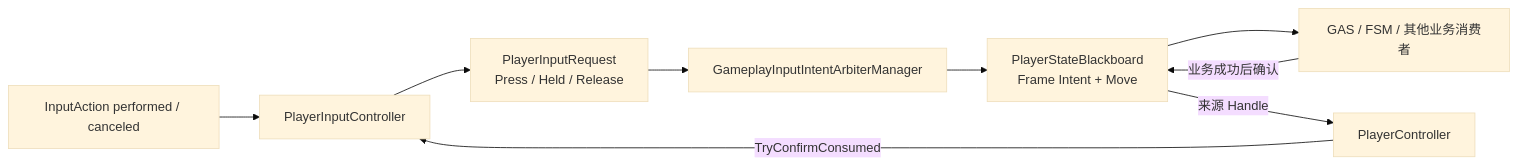
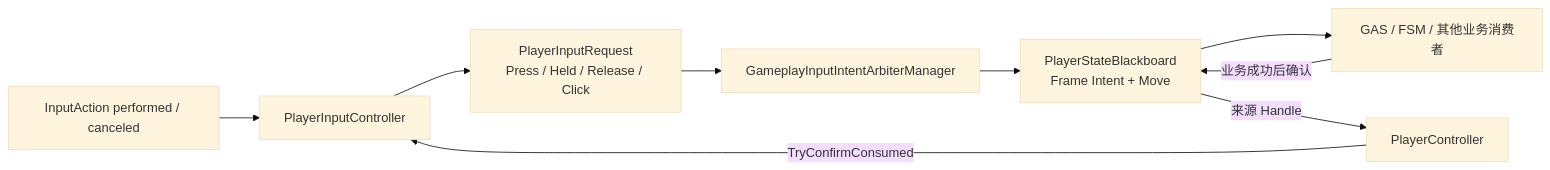
The first of 4 diagrams in Assets/Scripts/Input/PlayerInputPreprocessing.md (Whitesheeeep/3DRPG), drawn with Mermaid (base theme) before and after one commit. The commit also changed other lines of this file and 292 other files, not shown here.

````diff
--- a/Assets/Scripts/Input/PlayerInputPreprocessing.md
+++ b/Assets/Scripts/Input/PlayerInputPreprocessing.md
@@ -13,11 +14,11 @@
 ```mermaid
 flowchart LR
     A["InputAction performed / canceled"] --> B["PlayerInputController"]
-    B --> C["PlayerInputRequest<br/>Press / Held / Release"]
+    B --> C["PlayerInputRequest<br/>Press / Held / Release / Click"]
     C --> D["GameplayInputIntentArbiterManager"]
     D --> G["PlayerStateBlackboard<br/>Frame Intent + Move"]
     G --> H["GAS / FSM / 其他业务消费者"]
     H -->|"业务成功后确认"| G
     G -->|"来源 Handle"| I["PlayerController"]
     I -->|"TryConfirmConsumed"| B
 ```
````
